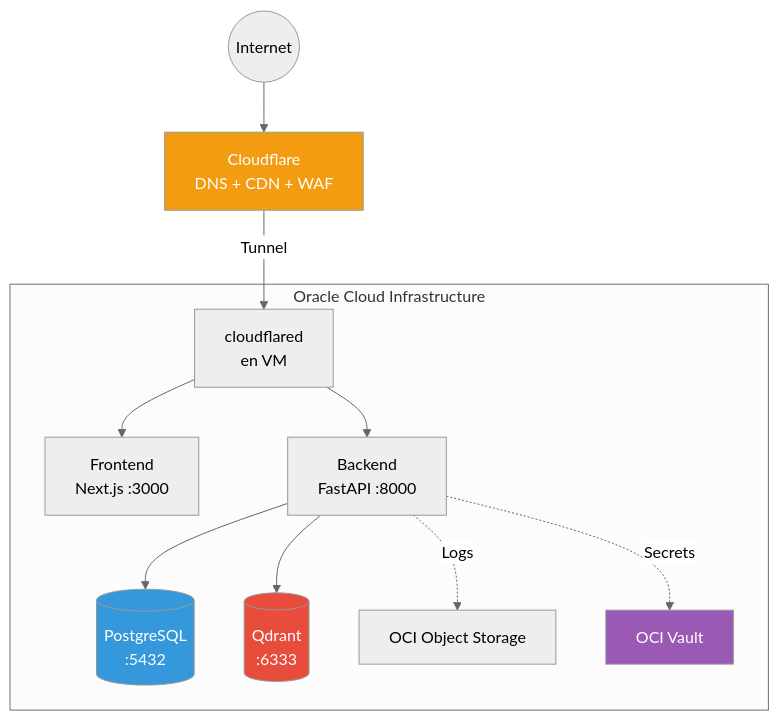
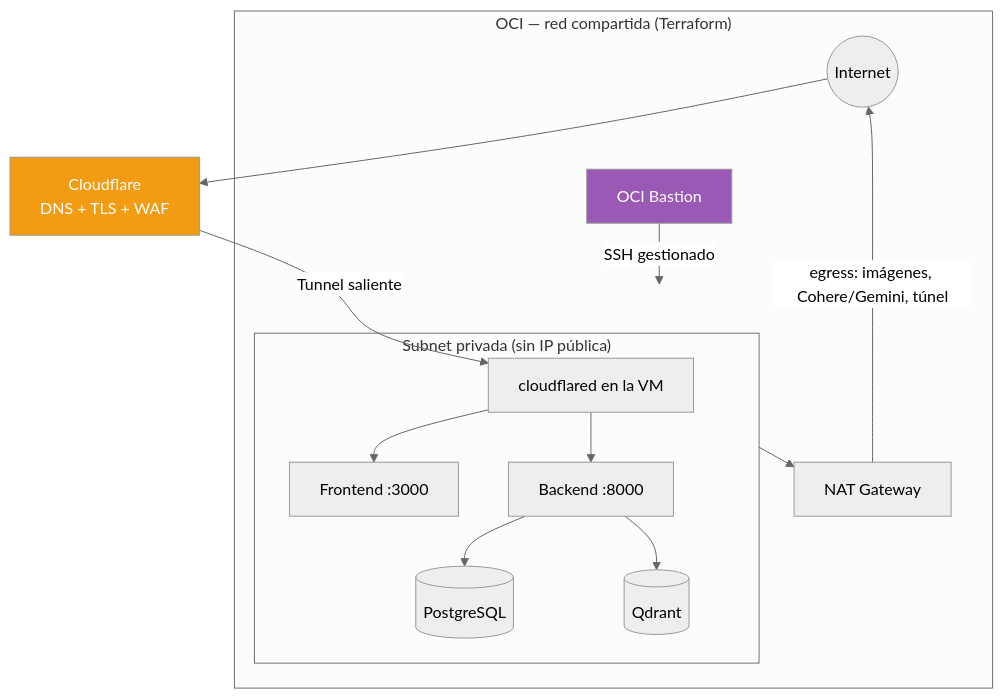
The diagram in docs/deployment/oci-setup.md (EzequielAngel0/DocuAgent), drawn with Mermaid (neutral theme) before and after one commit. The commit also changed other lines of this file and 12 other files, not shown here.

Commit message:
docs: alinear documentacion con el estado real (API WS, deploy OCI/Terraform, seguridad, testing en contenedores) y registrar ADR-014/015/016

````diff
--- a/docs/deployment/oci-setup.md
+++ b/docs/deployment/oci-setup.md
@@ -5,21 +17,20 @@
 ```mermaid
 graph TB
-    INET((Internet)) --> CF[Cloudflare<br/>DNS + CDN + WAF]
-    CF -->|Tunnel| CFD[cloudflared<br/>en VM]
+    INET((Internet)) --> CF[Cloudflare<br/>DNS + TLS + WAF]
+    CF -->|Tunnel saliente| CFD[cloudflared en la VM]
 
-    subgraph OCI["Oracle Cloud Infrastructure"]
-        CFD --> FE[Frontend<br/>Next.js :3000]
-        CFD --> BE[Backend<br/>FastAPI :8000]
-
-        BE --> PG[(PostgreSQL<br/>:5432)]
-        BE --> QD[(Qdrant<br/>:6333)]
-
-        BE -.->|Logs| OS[OCI Object Storage]
-        BE -.->|Secrets| OV[OCI Vault]
+    subgraph OCI["OCI — red compartida (Terraform)"]
+        subgraph SUB["Subnet privada (sin IP pública)"]
+            CFD --> FE[Frontend :3000]
+            CFD --> BE[Backend :8000]
+            BE --> PG[(PostgreSQL)]
+            BE --> QD[(Qdrant)]
+        end
+        NAT[NAT Gateway] -->|egress: imágenes, Cohere/Gemini, túnel| INET
+        SUB --> NAT
+        BAS[OCI Bastion] -->|SSH gestionado| SUB
     end
 
     style CF fill:#f39c12,color:#fff
-    style PG fill:#3498db,color:#fff
-    style QD fill:#e74c3c,color:#fff
-    style OV fill:#9b59b6,color:#fff
+    style BAS fill:#9b59b6,color:#fff
 ```
````
